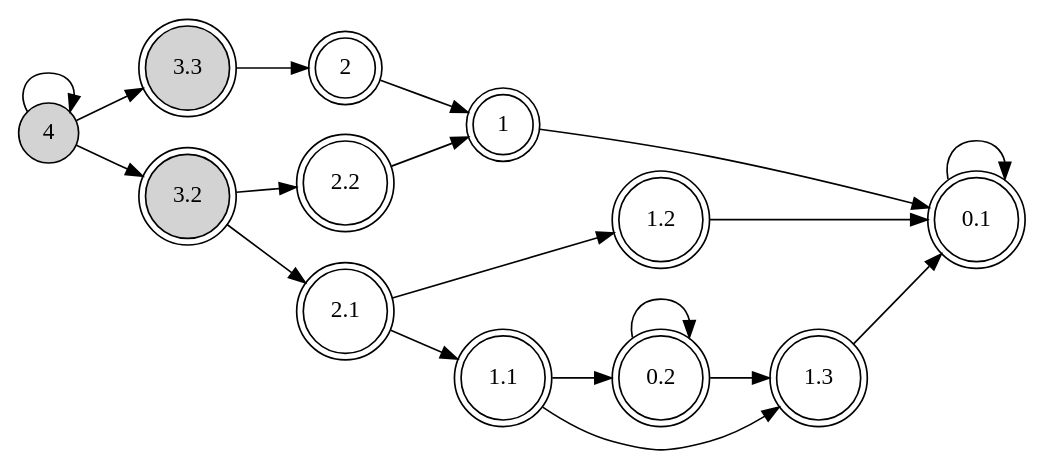
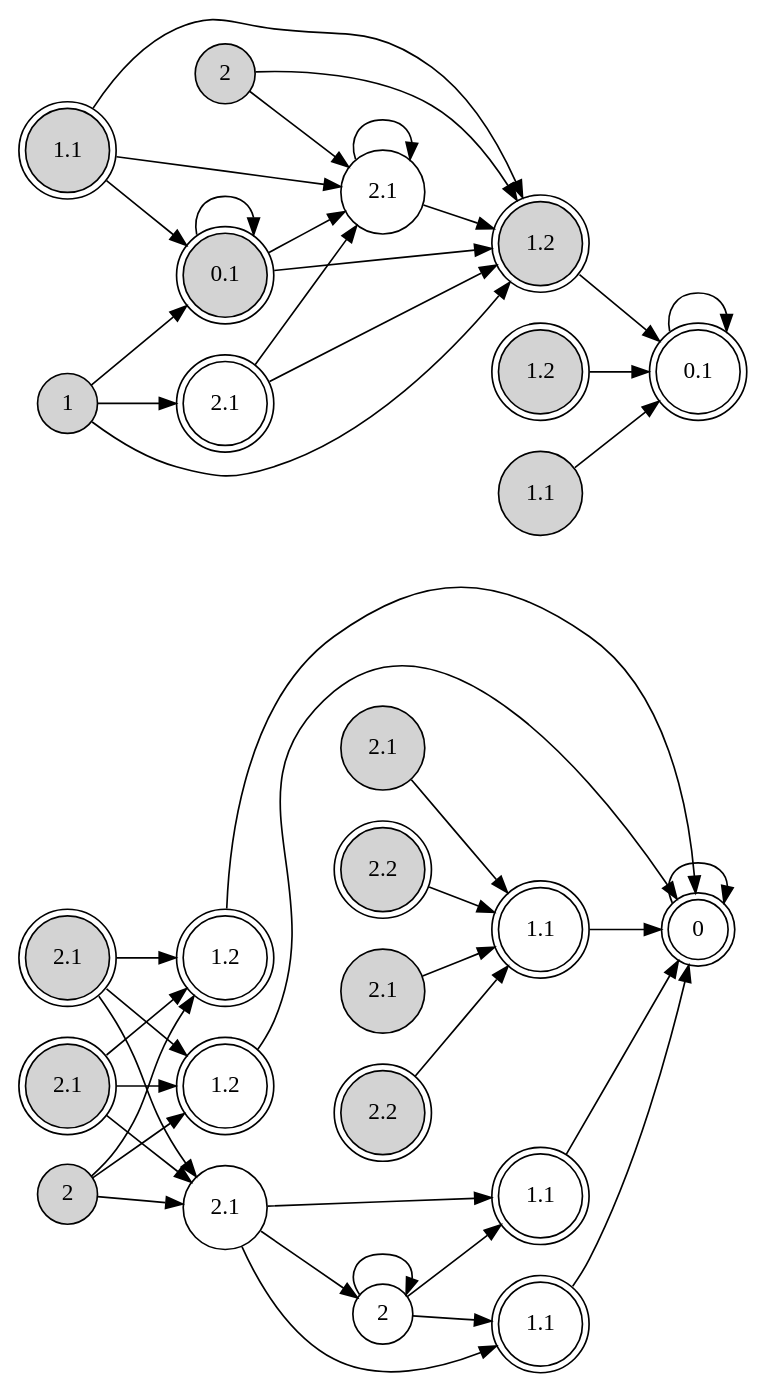
The diagram in cmake-build-debug/SBA.dot (Tj-Cong/EnPAC_2021_RD), drawn with Graphviz before and after one commit. The commit also changed 25 other files, not shown here.

```diff
--- a/cmake-build-debug/SBA.dot
+++ b/cmake-build-debug/SBA.dot
@@ -1,34 +1,73 @@
 digraph SBA{
 	rankdir=LR
-	0 [shape=circle,style=filled,label="4"]
-	1 [shape=doublecircle,style=filled,label="3.3"]
-	2 [shape=doublecircle,style=filled,label="3.2"]
-	3 [shape=doublecircle,label="2.2"]
-	4 [shape=doublecircle,label="2.1"]
-	5 [shape=doublecircle,label="2"]
-	6 [shape=doublecircle,label="1.2"]
-	7 [shape=doublecircle,label="1.1"]
-	8 [shape=doublecircle,label="1"]
-	9 [shape=doublecircle,label="0.2"]
-	10 [shape=doublecircle,label="1.3"]
-	11 [shape=doublecircle,label="0.1"]
+	0 [shape=doublecircle,style=filled,label="2.2"]
+	1 [shape=doublecircle,style=filled,label="1.2"]
+	2 [shape=circle,style=filled,label="2.1"]
+	3 [shape=doublecircle,style=filled,label="2.1"]
+	4 [shape=doublecircle,style=filled,label="0.1"]
+	5 [shape=doublecircle,style=filled,label="2.2"]
+	6 [shape=doublecircle,style=filled,label="1.2"]
+	7 [shape=circle,style=filled,label="2.1"]
+	8 [shape=doublecircle,style=filled,label="2.1"]
+	9 [shape=doublecircle,style=filled,label="1.1"]
+	10 [shape=circle,style=filled,label="1.1"]
+	11 [shape=circle,style=filled,label="2"]
+	12 [shape=circle,style=filled,label="2"]
+	13 [shape=circle,style=filled,label="1"]
+	15 [shape=doublecircle,label="2.1"]
+	17 [shape=doublecircle,label="1.2"]
+	18 [shape=doublecircle,label="1.2"]
+	19 [shape=circle,label="2.1"]
+	20 [shape=circle,label="2.1"]
+	24 [shape=doublecircle,label="0.1"]
+	30 [shape=doublecircle,label="1.1"]
+	34 [shape=circle,label="2"]
+	35 [shape=doublecircle,label="1.1"]
+	36 [shape=doublecircle,label="1.1"]
+	37 [shape=doublecircle,label="0"]
 
-	0->0
-	0->1
-	0->2
-	1->5
-	2->3
-	2->4
-	3->8
-	4->6
-	4->7
-	5->8
-	6->11
-	7->9
-	7->10
-	8->11
-	9->9
-	9->10
-	10->11
-	11->11
+	0->30
+	1->24
+	2->30
+	3->17
+	3->18
+	3->19
+	4->1
+	4->4
+	4->20
+	5->30
+	6->24
+	7->30
+	8->17
+	8->18
+	8->19
+	9->1
+	9->4
+	9->20
+	10->24
+	11->1
+	11->20
+	12->17
+	12->18
+	12->19
+	13->1
+	13->4
+	13->15
+	15->1
+	15->20
+	17->37
+	18->37
+	19->34
+	19->35
+	19->36
+	20->1
+	20->20
+	24->24
+	30->37
+	34->34
+	34->35
+	34->36
+	35->37
+	36->37
+	37->37
 }
```
